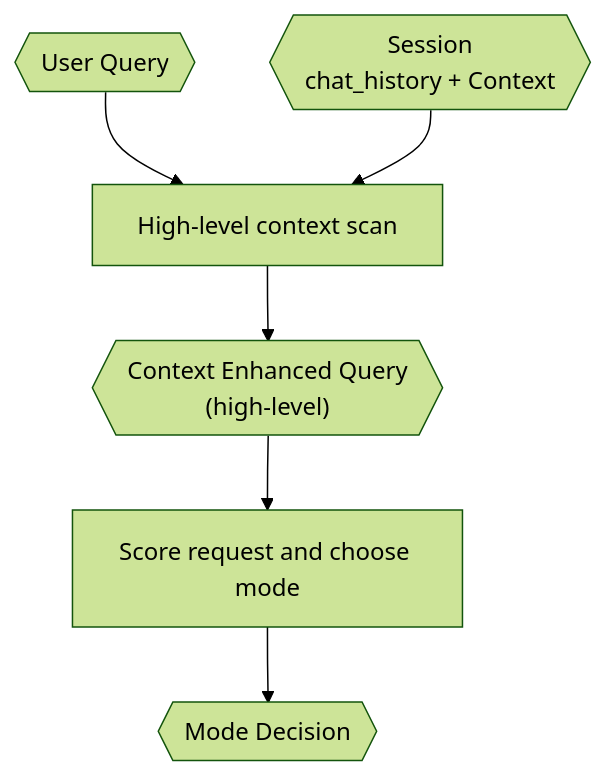
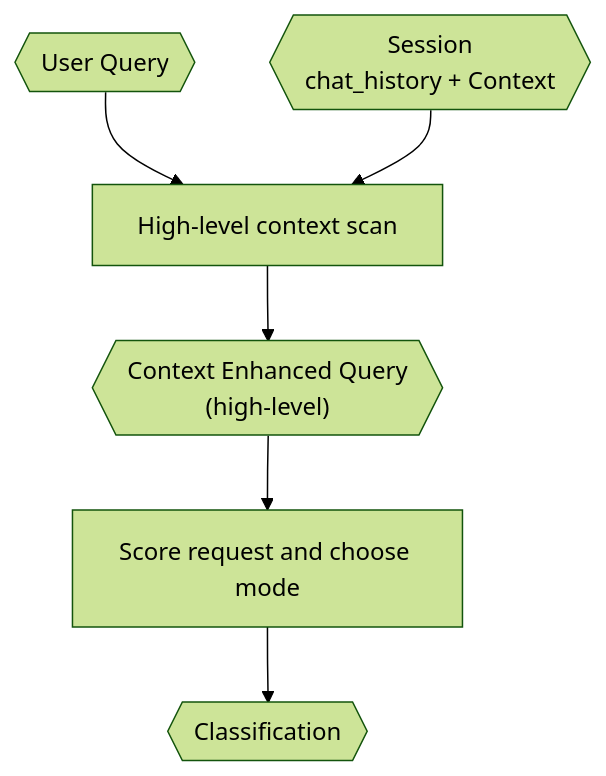
Before and after one commit to VJyzCELERY/TINYCUA: the diagram in src/tinycua/docs/architecture/query-analyst.md, drawn with Mermaid (forest theme). The commit also changed other lines of this file and 9 other files, not shown here.

First line of the commit message:
docs: sync architecture docs with design docs (source of truth)

````diff
--- a/src/tinycua/docs/architecture/query-analyst.md
+++ b/src/tinycua/docs/architecture/query-analyst.md
@@ -53,15 +53,15 @@
 ```mermaid
 flowchart TD
     UQ{{"User Query"}}
     FSC{{"Session\nchat_history + Context"}}
     SCAN["High-level context scan"]
     CEQ{{"Context Enhanced Query\n(high-level)"}}
     CLASSIFY["Score request and choose mode"]
-    MD{{"Mode Decision"}}
+    MD{{"Classification"}}
 
     UQ --> SCAN
     FSC --> SCAN
     SCAN --> CEQ
     CEQ --> CLASSIFY
     CLASSIFY --> MD
 ```
````
